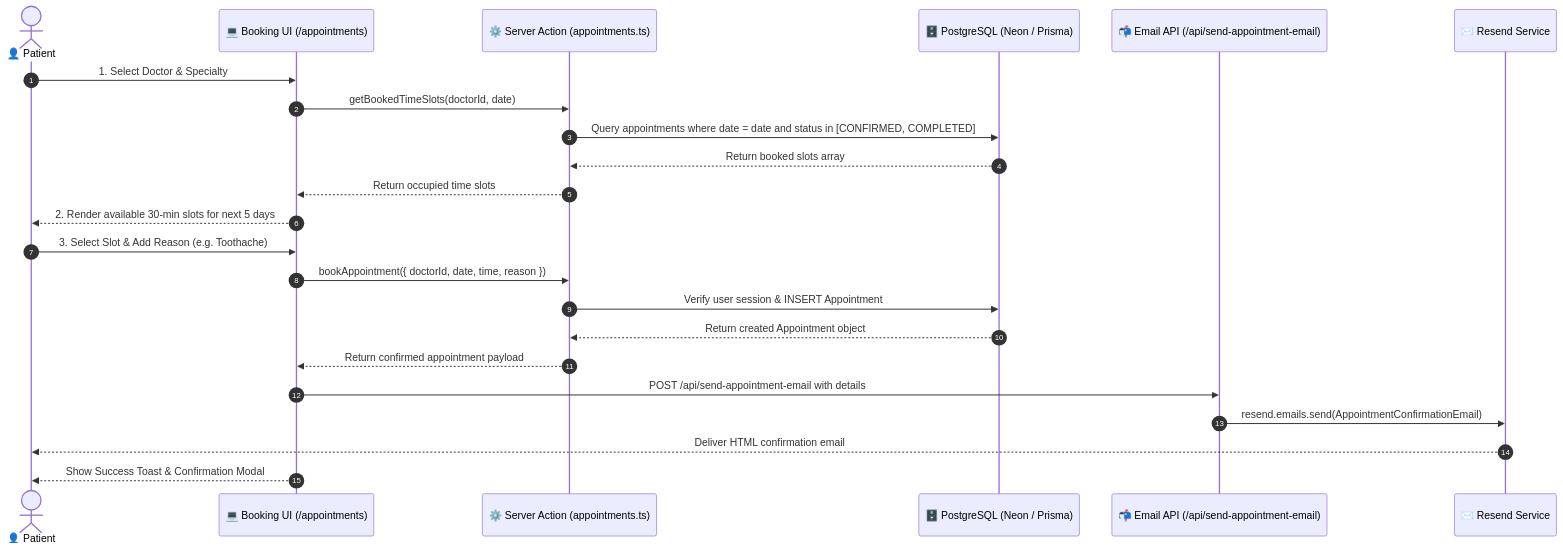
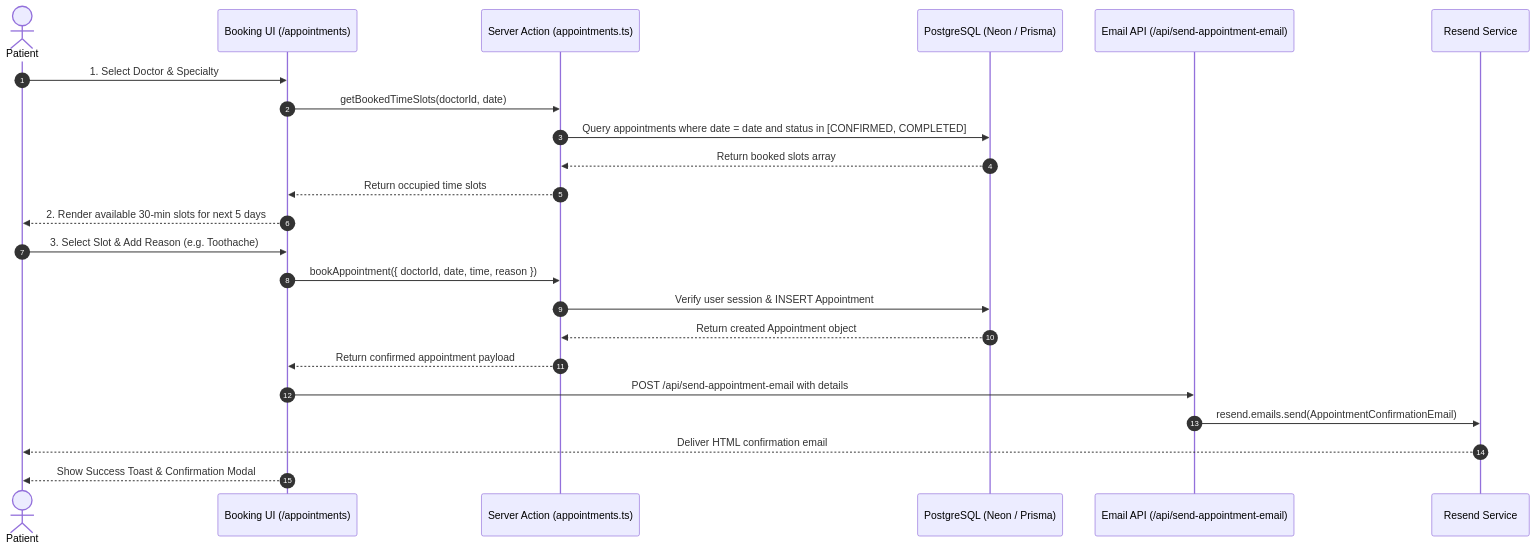
The third of 5 diagrams in README.md (Satyam6201/DentAIva), drawn with Mermaid before and after one commit. The commit also changed other lines of this file and 7 other files, not shown here.

````diff
--- a/README.md
+++ b/README.md
@@ -159,28 +159,28 @@
 ```mermaid
 sequenceDiagram
     autonumber
-    actor Patient as 👤 Patient
-    participant UI as 💻 Booking UI (/appointments)
-    participant Action as ⚙️ Server Action (appointments.ts)
-    participant DB as 🗄️ PostgreSQL (Neon / Prisma)
-    participant API as 📬 Email API (/api/send-appointment-email)
-    participant Resend as ✉️ Resend Service
+    actor Patient as Patient
+    participant UI as Booking UI (/appointments)
+    participant Action as Server Action (appointments.ts)
+    participant DB as PostgreSQL (Neon / Prisma)
+    participant API as Email API (/api/send-appointment-email)
+    participant Resend as Resend Service
 
     Patient->>UI: 1. Select Doctor & Specialty
     UI->>Action: getBookedTimeSlots(doctorId, date)
     Action->>DB: Query appointments where date = date and status in [CONFIRMED, COMPLETED]
     DB-->>Action: Return booked slots array
     Action-->>UI: Return occupied time slots
     UI-->>Patient: 2. Render available 30-min slots for next 5 days
 
     Patient->>UI: 3. Select Slot & Add Reason (e.g. Toothache)
     UI->>Action: bookAppointment({ doctorId, date, time, reason })
     Action->>DB: Verify user session & INSERT Appointment
     DB-->>Action: Return created Appointment object
     Action-->>UI: Return confirmed appointment payload
 
     UI->>API: POST /api/send-appointment-email with details
     API->>Resend: resend.emails.send(AppointmentConfirmationEmail)
     Resend-->>Patient: Deliver HTML confirmation email
     UI-->>Patient: Show Success Toast & Confirmation Modal
 ```
````
